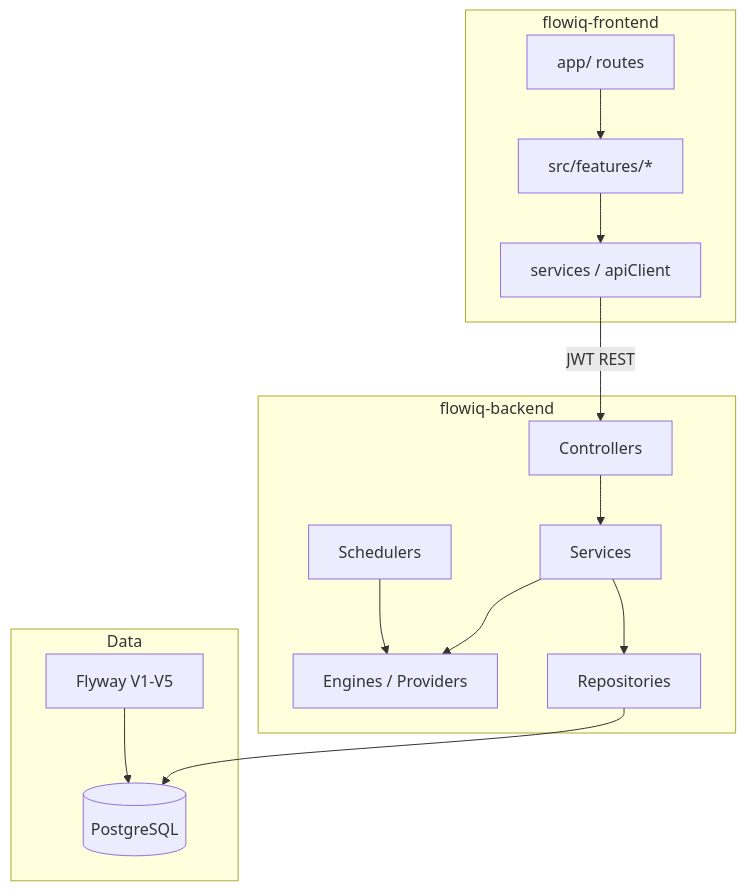
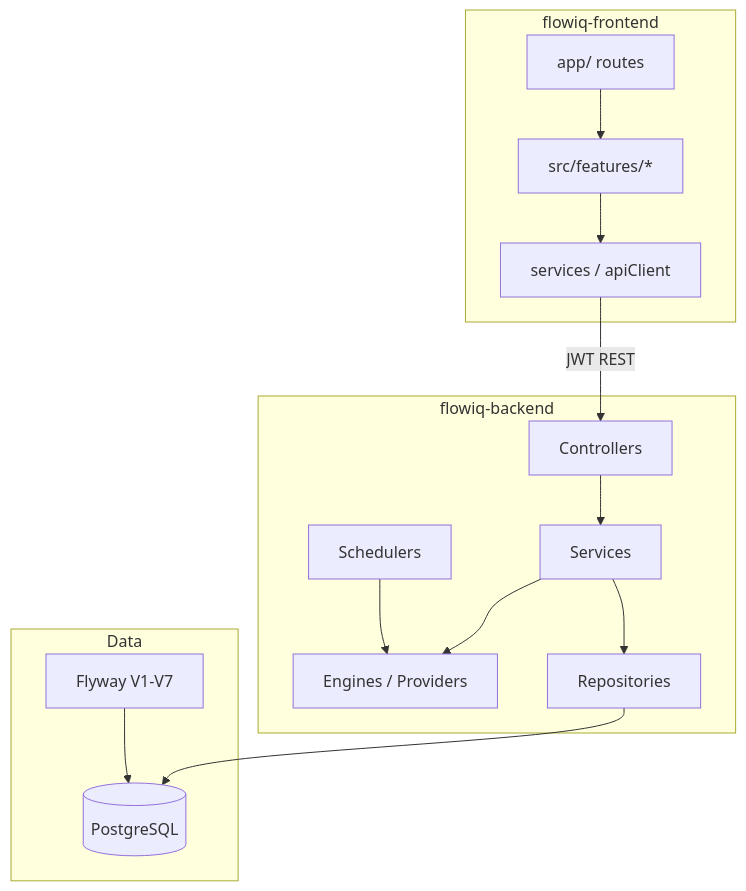
Before and after one commit to YevheniiaDem/flowiq-backend: the first of 7 diagrams in docs/architecture/SYSTEM_COMPONENT_CATALOG.md, drawn with Mermaid. The commit also changed other lines of this file and 58 other files, not shown here.

````diff
--- a/docs/architecture/SYSTEM_COMPONENT_CATALOG.md
+++ b/docs/architecture/SYSTEM_COMPONENT_CATALOG.md
@@ -19,27 +19,27 @@
 ```mermaid
 flowchart TB
     subgraph Frontend["flowiq-frontend"]
         ROUTES[app/ routes]
         FEAT[src/features/*]
         SVC_FE[services / apiClient]
     end
 
     subgraph Backend["flowiq-backend"]
         CTRL[Controllers]
         SVC_BE[Services]
         ENG[Engines / Providers]
         REPO[Repositories]
         SCH[Schedulers]
     end
 
     subgraph Data
         PG[(PostgreSQL)]
-        FLY[Flyway V1-V5]
+        FLY[Flyway V1-V7]
     end
 
     ROUTES --> FEAT --> SVC_FE
     SVC_FE -->|JWT REST| CTRL --> SVC_BE --> ENG
     SVC_BE --> REPO --> PG
     FLY --> PG
     SCH --> ENG
 ```
````
